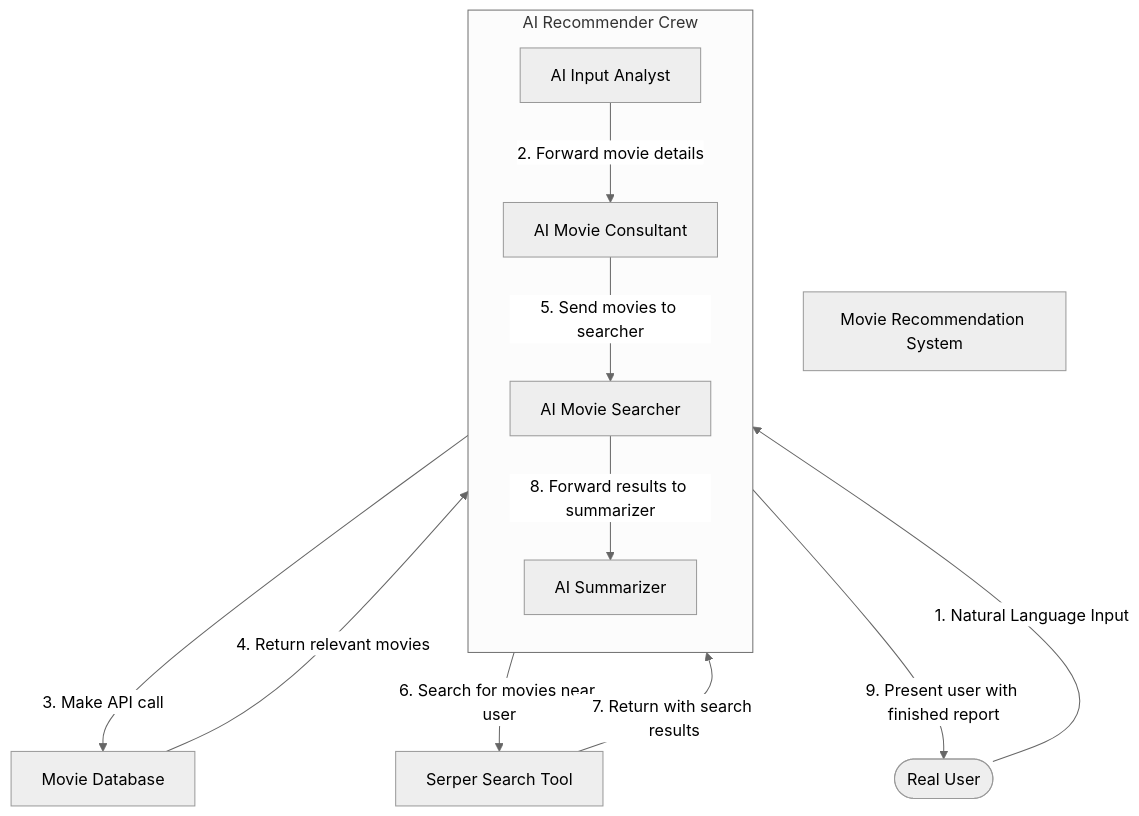
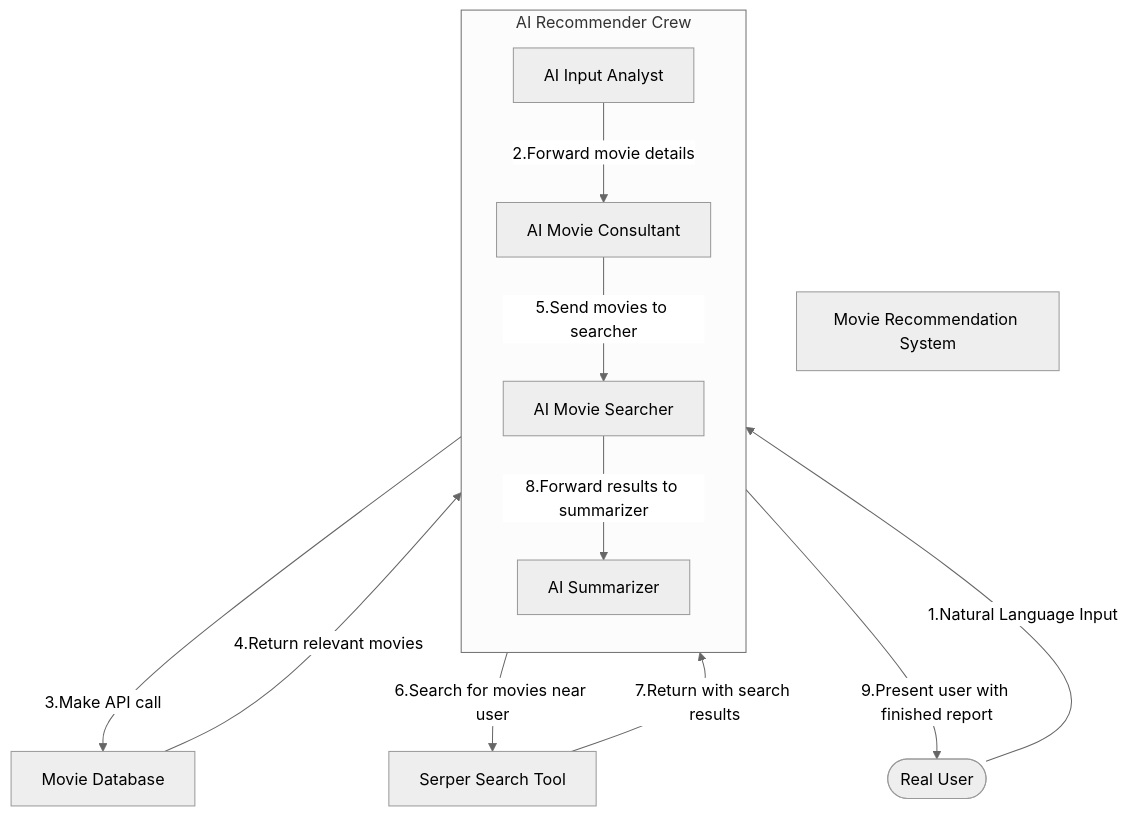
Before and after one commit to YifeiX03/movie-recommender-crew: the first of 3 diagrams in README.md, drawn with Mermaid (neutral theme).

````diff
--- a/README.md
+++ b/README.md
@@ -15,27 +15,27 @@
 ```mermaid
 graph TD
     real_user([Real User])
     movie_recommendation_system[Movie Recommendation System]
     movie_db[Movie Database]
     serper_search_tool[Serper Search Tool]
 
     subgraph AI_Recommender_Crew["AI Recommender Crew"]
         direction TB
         analyst[AI Input Analyst]
         consultant[AI Movie Consultant]
         searcher[AI Movie Searcher]
         summarizer[AI Summarizer]
     end
 
-    real_user -->|1. Natural Language Input| analyst
-    analyst -->|2. Forward movie details| consultant
-    consultant -->|3. Make API call| movie_db
-    movie_db -->|4. Return relevant movies| consultant
-    consultant -->|5. Send movies to searcher| searcher
-    searcher -->|6. Search for movies near user| serper_search_tool
-    serper_search_tool -->|7. Return with search results| searcher
-    searcher -->|8. Forward results to summarizer| summarizer
-    summarizer -->|9. Present user with finished report| real_user
+    real_user -->|1.Natural Language Input| analyst
+    analyst -->|2.Forward movie details| consultant
+    consultant -->|3.Make API call| movie_db
+    movie_db -->|4.Return relevant movies| consultant
+    consultant -->|5.Send movies to searcher| searcher
+    searcher -->|6.Search for movies near user| serper_search_tool
+    serper_search_tool -->|7.Return with search results| searcher
+    searcher -->|8.Forward results to summarizer| summarizer
+    summarizer -->|9.Present user with finished report| real_user
 
 
 ```
````
